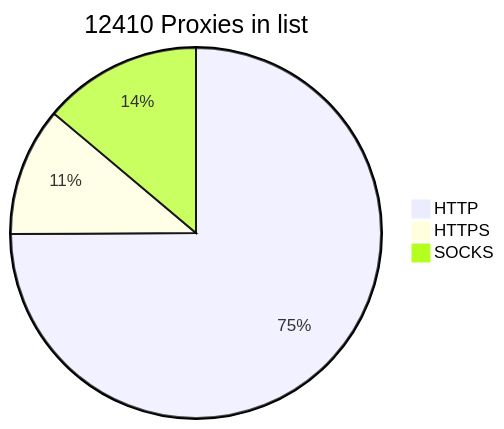
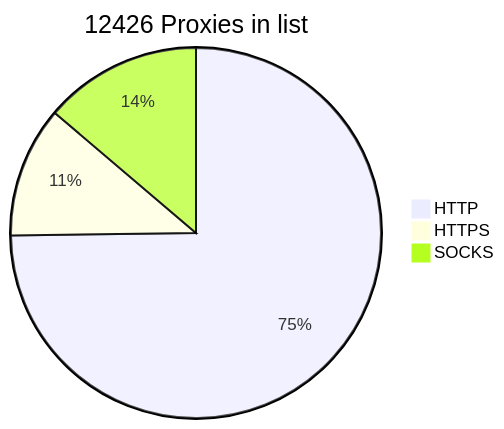
One commit to BlackSnowDot/proxylist-update-every-minute changed the diagram in README.md. Above: the diagram before and after it, drawn with Mermaid. The commit also changed other lines of this file, not shown here.

````diff
--- a/README.md
+++ b/README.md
@@ -2,6 +2,6 @@
 ```mermaid
-pie title 12410 Proxies in list
-    "HTTP" : 9426
-    "HTTPS": 1412
+pie title 12426 Proxies in list
+    "HTTP" : 9469
+    "HTTPS": 1448
     "SOCKS" : 1745
 ```
````
